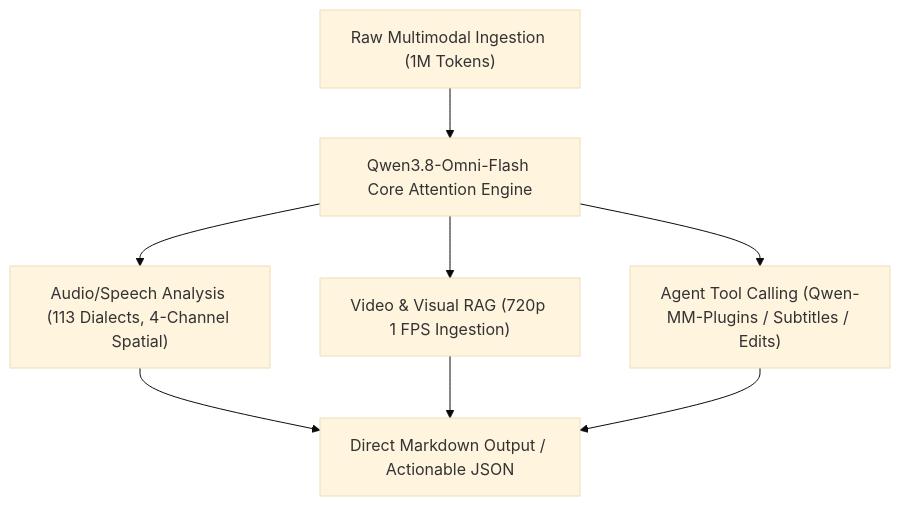
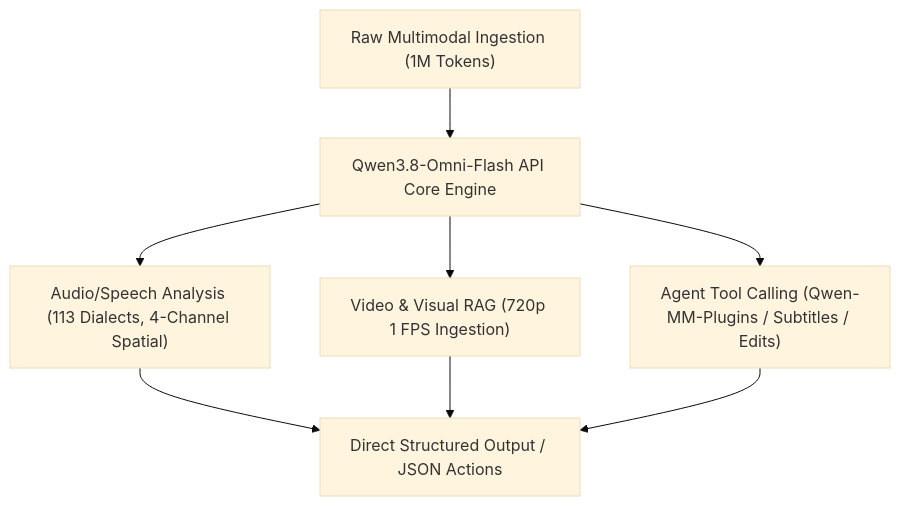
One commit to bshx2024/apivel_blog changed the diagram in src/content/blog/qwen-3-8-omni-flash-api-setup.md. Above: the diagram before and after it, drawn with Mermaid (base theme). The commit also changed other lines of this file and 1 other file, not shown here.

Commit message:
perf(blog): fine-tune Qwen3.8-Omni-Flash API keyword density, N-grams and intent alignment

````diff
--- a/src/content/blog/qwen-3-8-omni-flash-api-setup.md
+++ b/src/content/blog/qwen-3-8-omni-flash-api-setup.md
@@ -138,10 +134,10 @@
 ```mermaid
 graph TD
-    A["Raw Multimodal Ingestion (1M Tokens)"] --> B["Qwen3.8-Omni-Flash Core Attention Engine"]
+    A["Raw Multimodal Ingestion (1M Tokens)"] --> B["Qwen3.8-Omni-Flash API Core Engine"]
     B --> C["Audio/Speech Analysis (113 Dialects, 4-Channel Spatial)"]
     B --> D["Video & Visual RAG (720p 1 FPS Ingestion)"]
     B --> E["Agent Tool Calling (Qwen-MM-Plugins / Subtitles / Edits)"]
-    C --> F["Direct Markdown Output / Actionable JSON"]
+    C --> F["Direct Structured Output / JSON Actions"]
     D --> F
     E --> F
 ```
````
